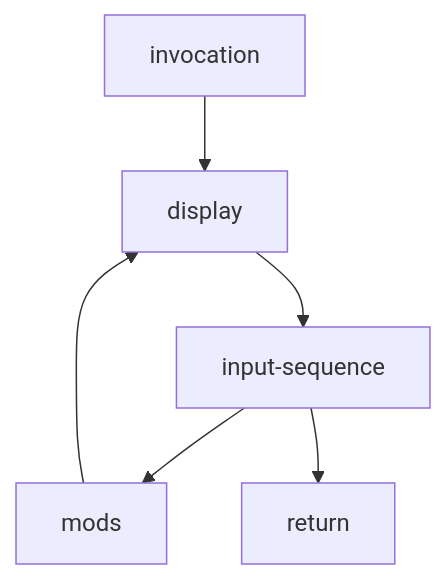
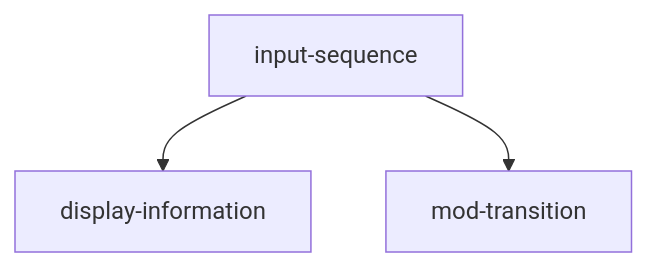
Before and after one commit to OdedYanovich/Tinkering: the diagram in obsidian docs/redesign - The game's requirements/standard.md, drawn with Mermaid. The commit also changed other lines of this file and 2 other files, not shown here.

````diff
--- a/obsidian docs/redesign - The game's requirements/standard.md
+++ b/obsidian docs/redesign - The game's requirements/standard.md
@@ -3,5 +12,5 @@
 ```mermaid
 flowchart TD
-    invocation --> display --> input-sequence --> mods --> display
-    input-sequence --> return
+    input-sequence --> display-information
+    input-sequence --> mod-transition
 ```
````
